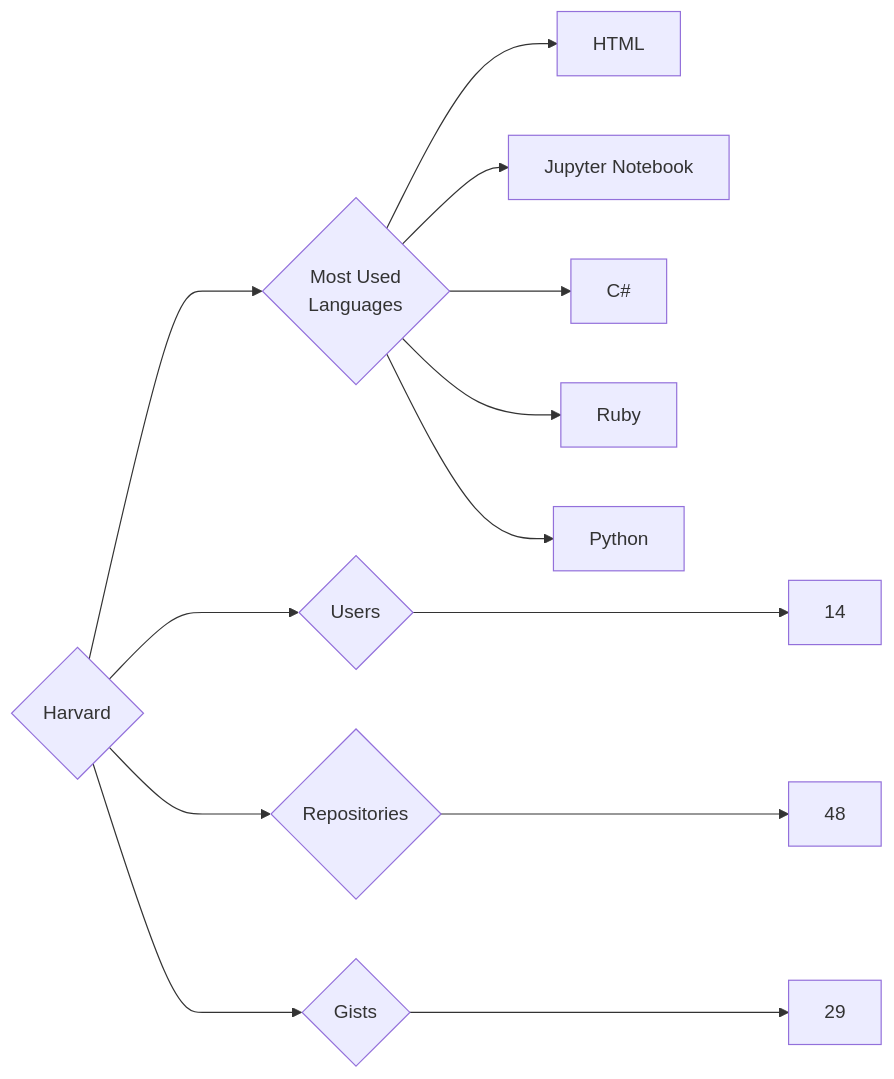
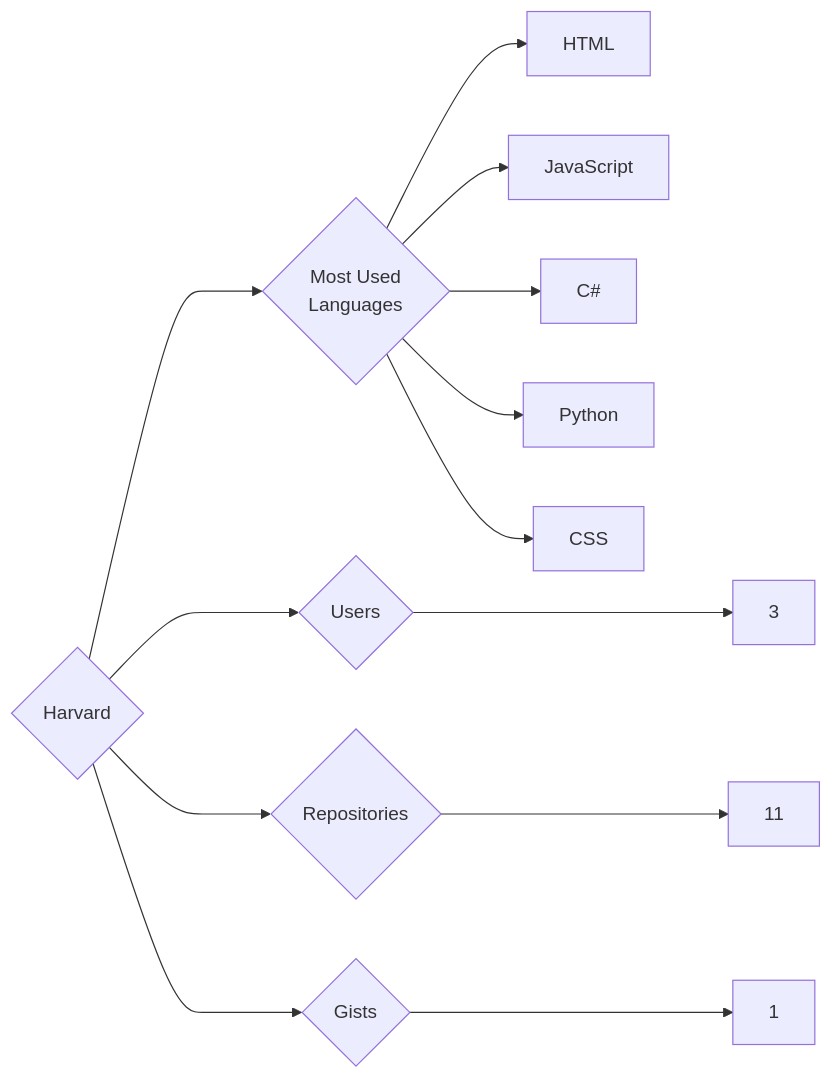
One commit to trickest/insiders changed the diagram in targets/Harvard/README.md. Above: the diagram before and after it, drawn with Mermaid. The commit also changed 1170 other files, not shown here.

````diff
--- a/targets/Harvard/README.md
+++ b/targets/Harvard/README.md
@@ -3,13 +3,13 @@
 ```mermaid
 graph LR
 COMPANY_NAME{Harvard}
-COMPANY_NAME ---> U{Users} ---> UN[14]
-COMPANY_NAME ---> R{Repositories} ---> RN[48]
-COMPANY_NAME ---> G{Gists} ---> GN[29]
+COMPANY_NAME ---> U{Users} ---> UN[3]
+COMPANY_NAME ---> R{Repositories} ---> RN[11]
+COMPANY_NAME ---> G{Gists} ---> GN[1]
 COMPANY_NAME ---> ML{Most Used<br>Languages}
 ML --> HTML[HTML]
-ML --> Jupyter_Notebook[Jupyter Notebook]
+ML --> JavaScript[JavaScript]
 ML --> C#[C#]
-ML --> Ruby[Ruby]
 ML --> Python[Python]
+ML --> CSS[CSS]
 ```
````
